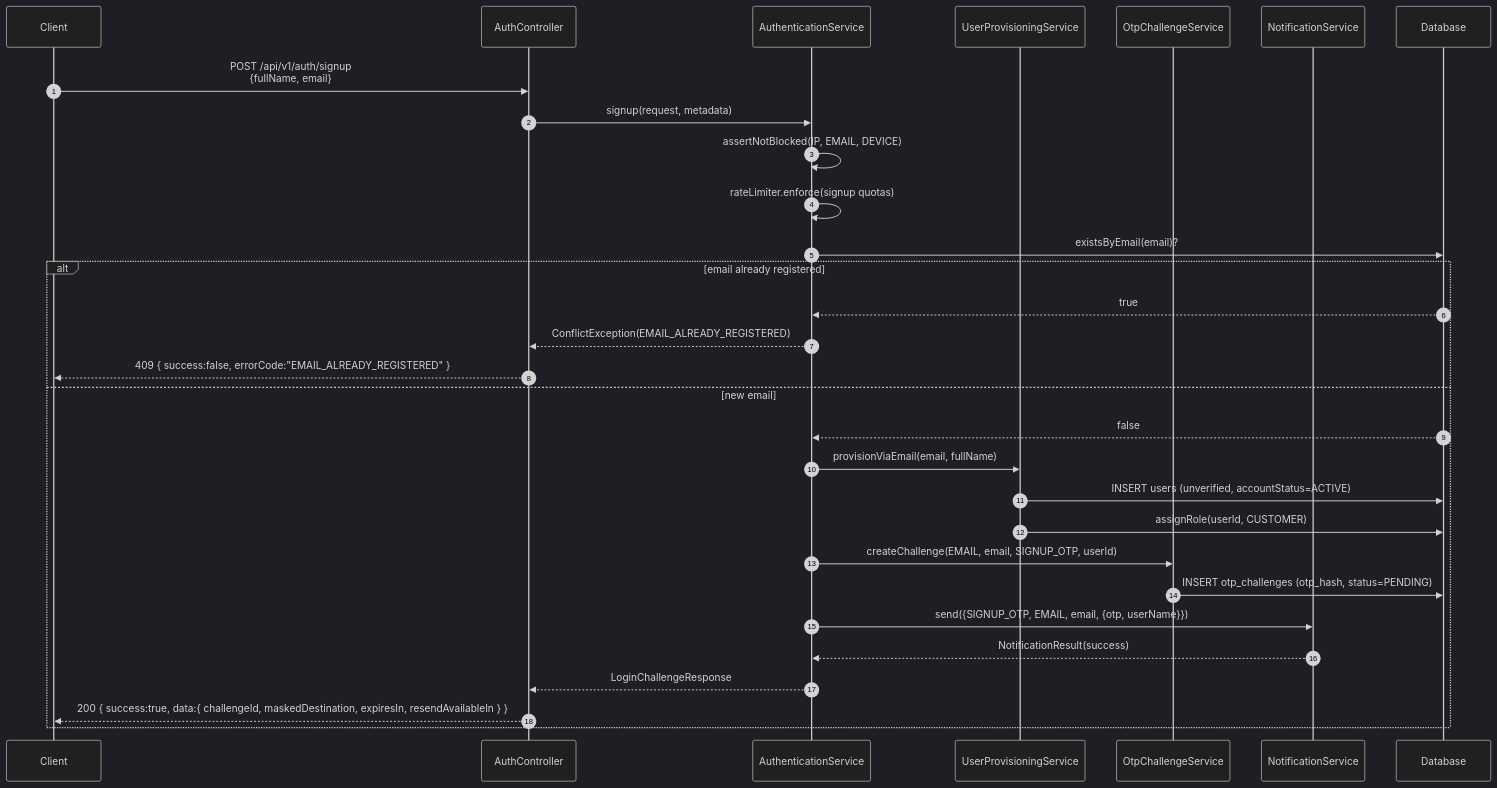
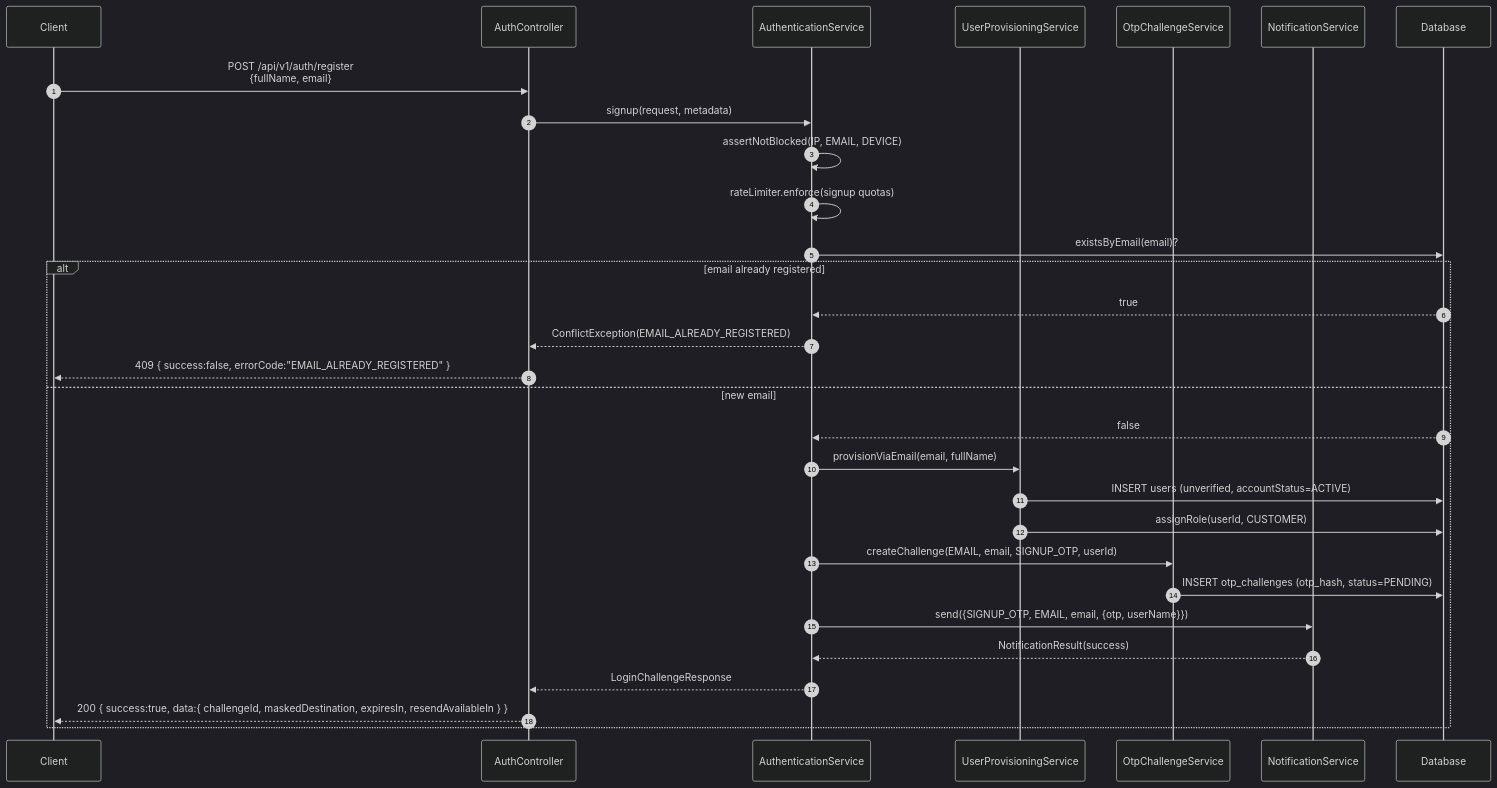
Before and after one commit to arpangroup/pureeats-backend-2026: the second of 7 diagrams in pureeats-user-service/README.md, drawn with Mermaid (dark theme). The commit also changed other lines of this file and 30 other files, not shown here.

````diff
--- a/pureeats-user-service/README.md
+++ b/pureeats-user-service/README.md
@@ -122,33 +130,33 @@
 ```mermaid
 sequenceDiagram
     autonumber
     participant C as Client
     participant Ctrl as AuthController
     participant Auth as AuthenticationService
     participant Prov as UserProvisioningService
     participant Otp as OtpChallengeService
     participant Notif as NotificationService
     participant DB as Database
 
-    C->>Ctrl: POST /api/v1/auth/signup<br/>{fullName, email}
+    C->>Ctrl: POST /api/v1/auth/register<br/>{fullName, email}
     Ctrl->>Auth: signup(request, metadata)
     Auth->>Auth: assertNotBlocked(IP, EMAIL, DEVICE)
     Auth->>Auth: rateLimiter.enforce(signup quotas)
     Auth->>DB: existsByEmail(email)?
     alt email already registered
         DB-->>Auth: true
         Auth-->>Ctrl: ConflictException(EMAIL_ALREADY_REGISTERED)
         Ctrl-->>C: 409 { success:false, errorCode:"EMAIL_ALREADY_REGISTERED" }
     else new email
         DB-->>Auth: false
         Auth->>Prov: provisionViaEmail(email, fullName)
         Prov->>DB: INSERT users (unverified, accountStatus=ACTIVE)
         Prov->>DB: assignRole(userId, CUSTOMER)
         Auth->>Otp: createChallenge(EMAIL, email, SIGNUP_OTP, userId)
         Otp->>DB: INSERT otp_challenges (otp_hash, status=PENDING)
         Auth->>Notif: send({SIGNUP_OTP, EMAIL, email, {otp, userName}})
         Notif-->>Auth: NotificationResult(success)
         Auth-->>Ctrl: LoginChallengeResponse
         Ctrl-->>C: 200 { success:true, data:{ challengeId, maskedDestination, expiresIn, resendAvailableIn } }
     end
 ```
````
